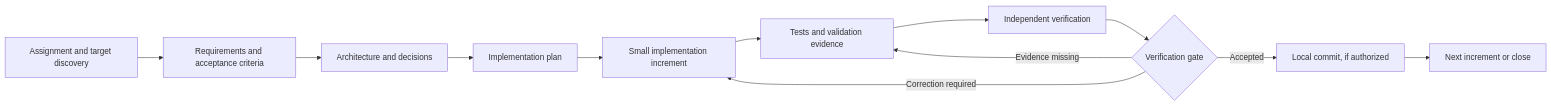
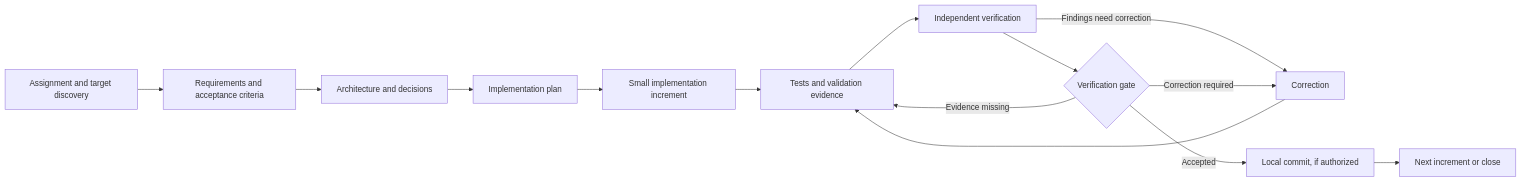
Before and after one commit to slcosentino1/autonomous-engineering-harness: the diagram in README.md, drawn with Mermaid. The commit also changed other lines of this file and 27 other files, not shown here.

````diff
--- a/README.md
+++ b/README.md
@@ -13,14 +13,16 @@
 ```mermaid
 flowchart LR
     A[Assignment and target discovery] --> B[Requirements and acceptance criteria]
     B --> C[Architecture and decisions]
     C --> D[Implementation plan]
     D --> E[Small implementation increment]
     E --> F[Tests and validation evidence]
     F --> G[Independent verification]
+    G -->|Findings need correction| K[Correction]
+    K --> F
     G --> H{Verification gate}
-    H -->|Correction required| E
+    H -->|Correction required| K
     H -->|Evidence missing| F
     H -->|Accepted| I[Local commit, if authorized]
     I --> J[Next increment or close]
 ```
````
